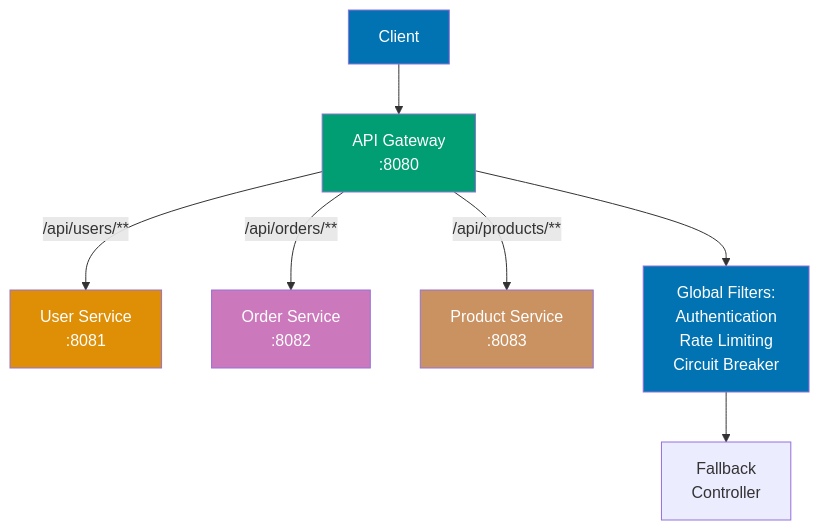
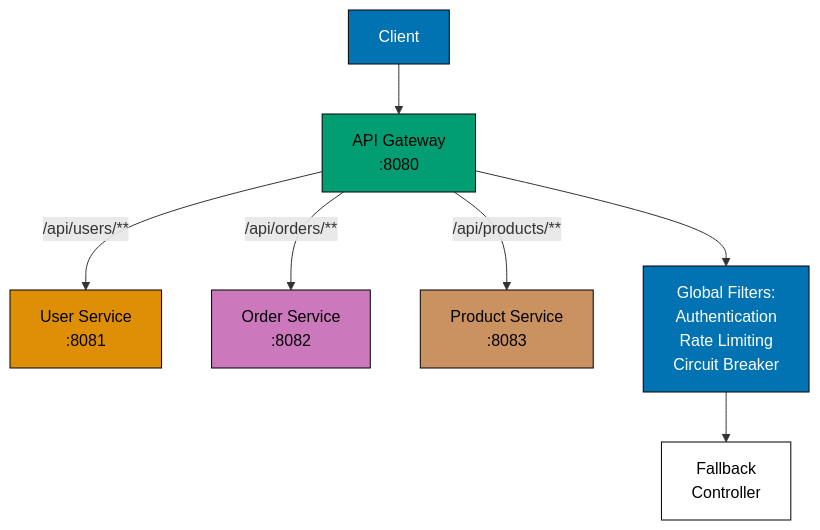
One commit to wahidyankf/ose-public changed the tenth of 13 diagrams in apps/ayokoding-www/content/en/learn/legacy/software-engineering/platforms/web/tools/jvm-spring-boot/by-example/advanced.md. Above: the diagram before and after it, drawn with Mermaid. The commit also changed other lines of this file and 130 other files, not shown here.

First line of the commit message:
fix(mermaid): bring the legacy platforms diagrams onto the accessible palette

````diff
--- a/apps/ayokoding-www/content/en/learn/legacy/software-engineering/platforms/web/tools/jvm-spring-boot/by-example/advanced.md
+++ b/apps/ayokoding-www/content/en/learn/legacy/software-engineering/platforms/web/tools/jvm-spring-boot/by-example/advanced.md
@@ -3606,20 +3660,28 @@
 ```mermaid
 %% Color Palette: Blue #0173B2, Orange #DE8F05, Teal #029E73, Purple #CC78BC, Brown #CA9161
 flowchart TD
+    accTitle: application.yml
+    accDescr: Flowchart with 7 nodes and 6 connections. Nodes: Client, API Gateway :8080, User Service :8081, Order Service :8082, Product Service :8083, Global Filters: Authentication Rate Limiting Circuit Breaker, Fallback Controller. Connections: Client to API Gateway :8080, API Gateway :8080 to User Service :8081 (/api/users/**), API Gateway :8080 to Order Service :8082 (/api/orders/**), API Gateway :8080 to Product Service :8083 (/api/products/**), API Gateway :8080 to Global Filters: Authentication Rate Limiting Circuit Breaker, Global Filters: Authentication Rate Limiting Circuit Breaker to Fallback Controller.
     Client[Client] --> Gateway[API Gateway<br/>:8080]
 
     Gateway -->|/api/users/**| UserService[User Service<br/>:8081]
     Gateway -->|/api/orders/**| OrderService[Order Service<br/>:8082]
     Gateway -->|/api/products/**| ProductService[Product Service<br/>:8083]
 
     Gateway --> Filters[Global Filters:<br/>Authentication<br/>Rate Limiting<br/>Circuit Breaker]
 
     Filters --> Fallback[Fallback<br/>Controller]
 
-    style Client fill:#0173B2,color:#fff
-    style Gateway fill:#029E73,color:#fff
-    style UserService fill:#DE8F05,color:#fff
-    style OrderService fill:#CC78BC,color:#fff
-    style ProductService fill:#CA9161,color:#fff
-    style Filters fill:#0173B2,color:#fff
+    classDef pal-0173B2 fill:#0173B2,stroke:#000000,color:#FFFFFF
+    class Client pal-0173B2
+    classDef pal-029E73 fill:#029E73,stroke:#000000,color:#000000
+    class Gateway pal-029E73
+    classDef pal-DE8F05 fill:#DE8F05,stroke:#000000,color:#000000
+    class UserService pal-DE8F05
+    classDef pal-CC78BC fill:#CC78BC,stroke:#000000,color:#000000
+    class OrderService pal-CC78BC
+    classDef pal-CA9161 fill:#CA9161,stroke:#000000,color:#000000
+    class ProductService pal-CA9161
+    class Filters pal-0173B2
+    classDef default fill:#FFFFFF,stroke:#000000,color:#000000
 ```
````
